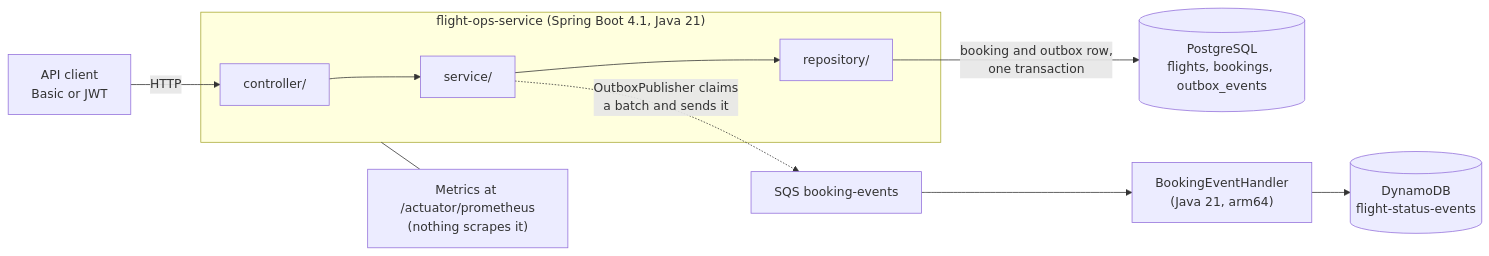
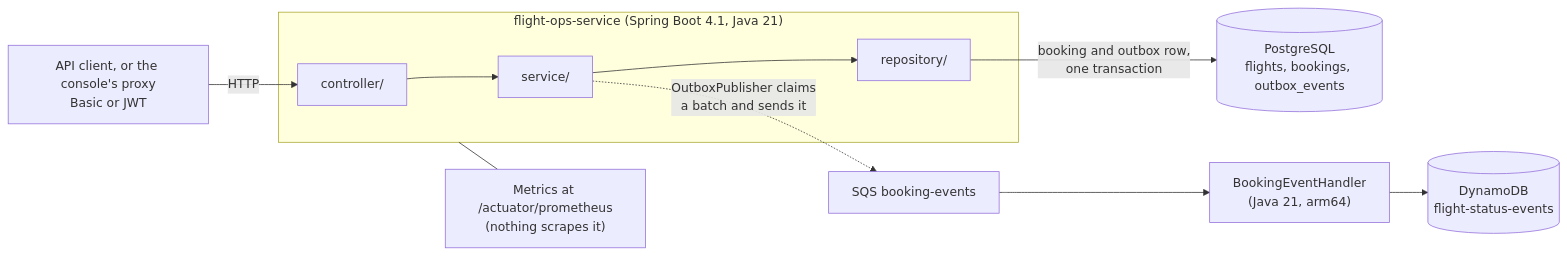
One commit to smit-lakhani-13/flight-ops-services changed the first of 7 diagrams in doc/ARCHITECTURE.md. Above: the diagram before and after it, drawn with Mermaid. The commit also changed other lines of this file and 25 other files, not shown here.

````diff
--- a/doc/ARCHITECTURE.md
+++ b/doc/ARCHITECTURE.md
@@ -38,20 +44,20 @@
 ```mermaid
 flowchart LR
-    client["API client<br/>Basic or JWT"]
+    client["API client, or the console's proxy<br/>Basic or JWT"]
     subgraph service["flight-ops-service (Spring Boot 4.1, Java 21)"]
         controller["controller/"]
         svc["service/"]
         repo["repository/"]
     end
     db[("PostgreSQL<br/>flights, bookings, outbox_events")]
     sqs["SQS booking-events"]
     lambda["BookingEventHandler<br/>(Java 21, arm64)"]
     ddb[("DynamoDB<br/>flight-status-events")]
     prom["Metrics at /actuator/prometheus<br/>(nothing scrapes it)"]
 
     client -->|HTTP| controller --> svc --> repo
     repo -->|"booking and outbox row,<br/>one transaction"| db
     svc -.->|"OutboxPublisher claims<br/>a batch and sends it"| sqs
     sqs --> lambda --> ddb
     service --- prom
 ```
````
